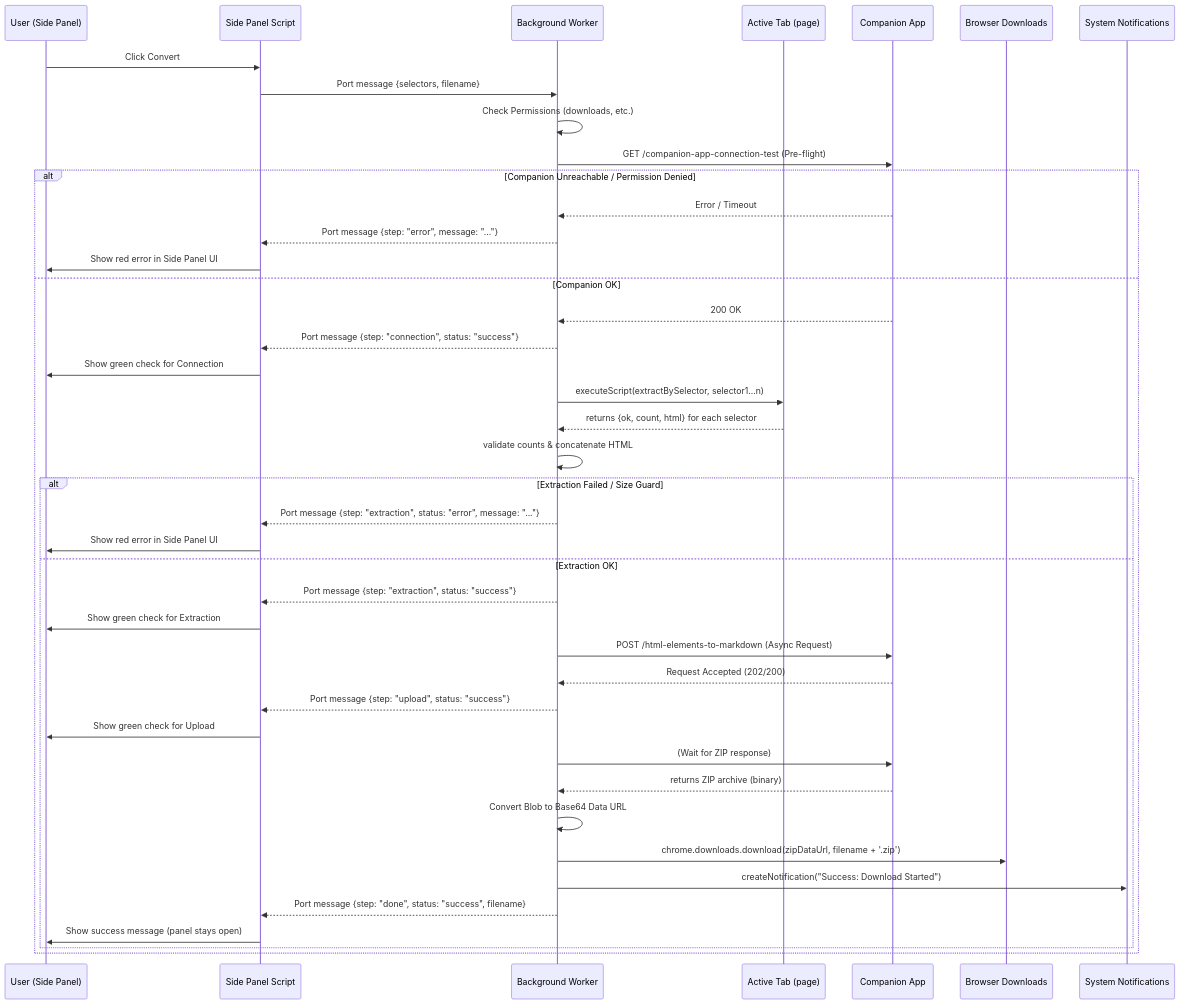
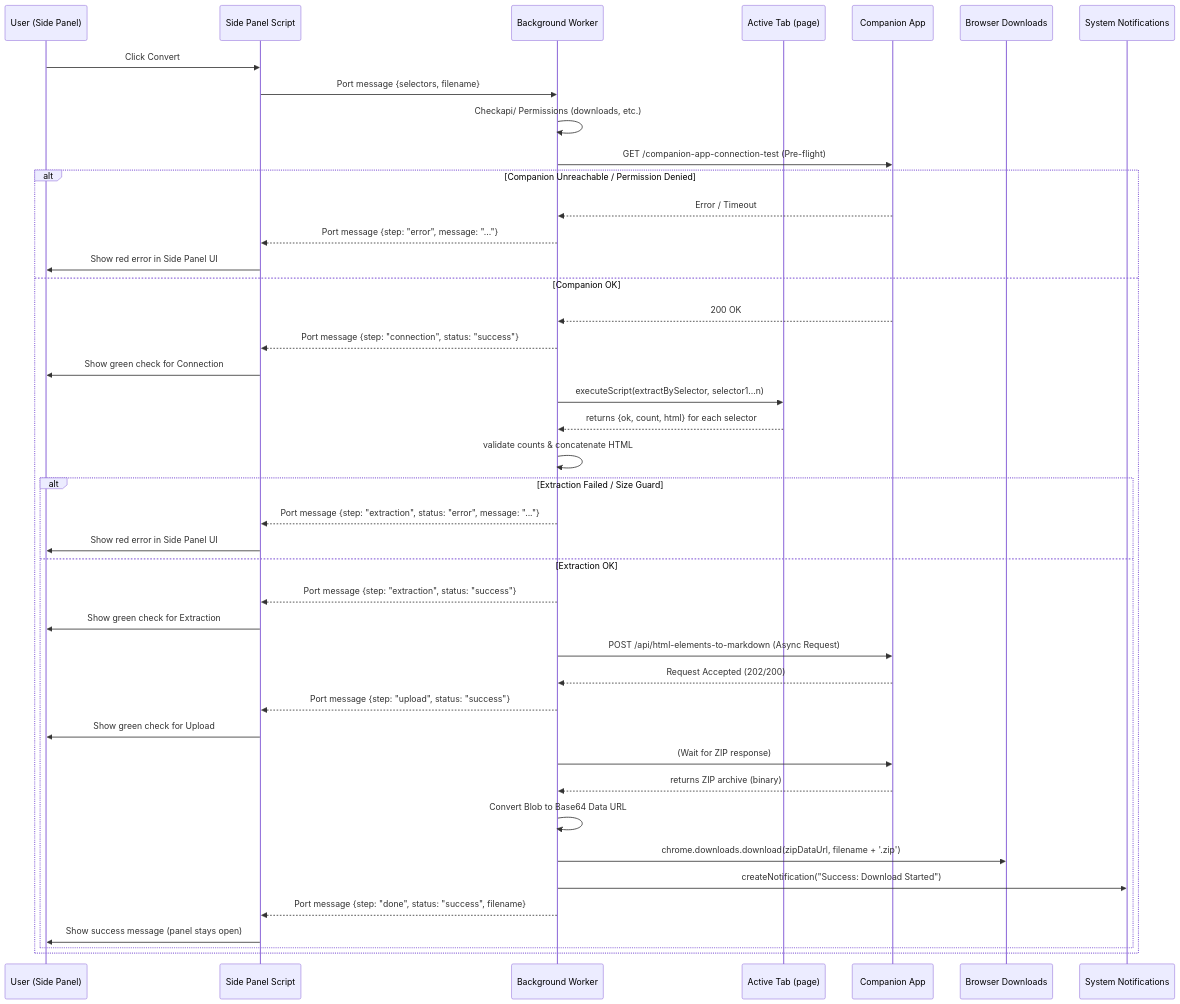
One commit to singhal-shagun/chromium-utilities changed the first of 3 diagrams in docs/features/html-to-markdown/plan.md. Above: the diagram before and after it, drawn with Mermaid. The commit also changed other lines of this file and 3 other files, not shown here.

````diff
--- a/docs/features/html-to-markdown/plan.md
+++ b/docs/features/html-to-markdown/plan.md
@@ -61,45 +62,45 @@
 ```mermaid
 sequenceDiagram
   participant U as User (Side Panel)
   participant S as Side Panel Script
   participant B as Background Worker
   participant T as Active Tab (page)
   participant C as Companion App
   participant D as Browser Downloads
   participant N as System Notifications
 
   U->>S: Click Convert
   S->>B: Port message {selectors, filename}
-  B->>B: Check Permissions (downloads, etc.)
+  B->>B: Checkapi/ Permissions (downloads, etc.)
   B->>C: GET /companion-app-connection-test (Pre-flight)
   alt Companion Unreachable / Permission Denied
     C-->>B: Error / Timeout
     B-->>S: Port message {step: "error", message: "..."}
     S->>U: Show red error in Side Panel UI
   else Companion OK
     C-->>B: 200 OK
     B-->>S: Port message {step: "connection", status: "success"}
     S->>U: Show green check for Connection
     B->>T: executeScript(extractBySelector, selector1...n)
     T-->>B: returns {ok, count, html} for each selector
     B->>B: validate counts & concatenate HTML
     alt Extraction Failed / Size Guard
         B-->>S: Port message {step: "extraction", status: "error", message: "..."}
         S->>U: Show red error in Side Panel UI
     else Extraction OK
         B-->>S: Port message {step: "extraction", status: "success"}
         S->>U: Show green check for Extraction
-        B->>C: POST /html-elements-to-markdown (Async Request)
+        B->>C: POST /api/html-elements-to-markdown (Async Request)
         C-->>B: Request Accepted (202/200)
         B-->>S: Port message {step: "upload", status: "success"}
         S->>U: Show green check for Upload
         B->>C: (Wait for ZIP response)
         C-->>B: returns ZIP archive (binary)
         B->>B: Convert Blob to Base64 Data URL
         B->>D: chrome.downloads.download(zipDataUrl, filename + '.zip')
         B->>N: createNotification("Success: Download Started")
         B-->>S: Port message {step: "done", status: "success", filename}
         S->>U: Show success message (panel stays open)
     end
   end
 ```
````
